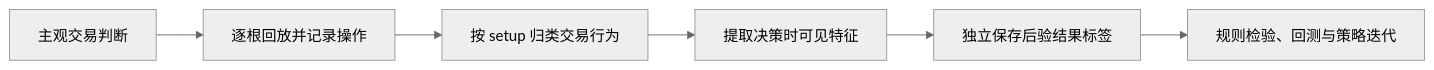
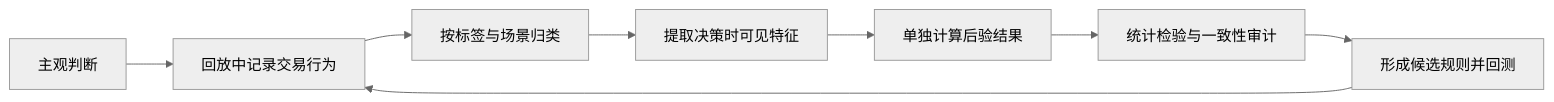
The diagram in README.md (Vinnnnnie21/quant-replay-collector), drawn with Mermaid (neutral theme) before and after one commit. The commit also changed other lines of this file and 5 other files, not shown here.

````diff
--- a/README.md
+++ b/README.md
@@ -7,8 +11,10 @@
 ```mermaid
 flowchart LR
-    A[主观交易判断] --> B[逐根回放并记录操作]
-    B --> C[按 setup 归类交易行为]
+    A[主观判断] --> B[回放中记录交易行为]
+    B --> C[按标签与场景归类]
     C --> D[提取决策时可见特征]
-    D --> E[独立保存后验结果标签]
-    E --> F[规则检验、回测与策略迭代]
+    D --> E[单独计算后验结果]
+    E --> F[统计检验与一致性审计]
+    F --> G[形成候选规则并回测]
+    G --> B
 ```
````
